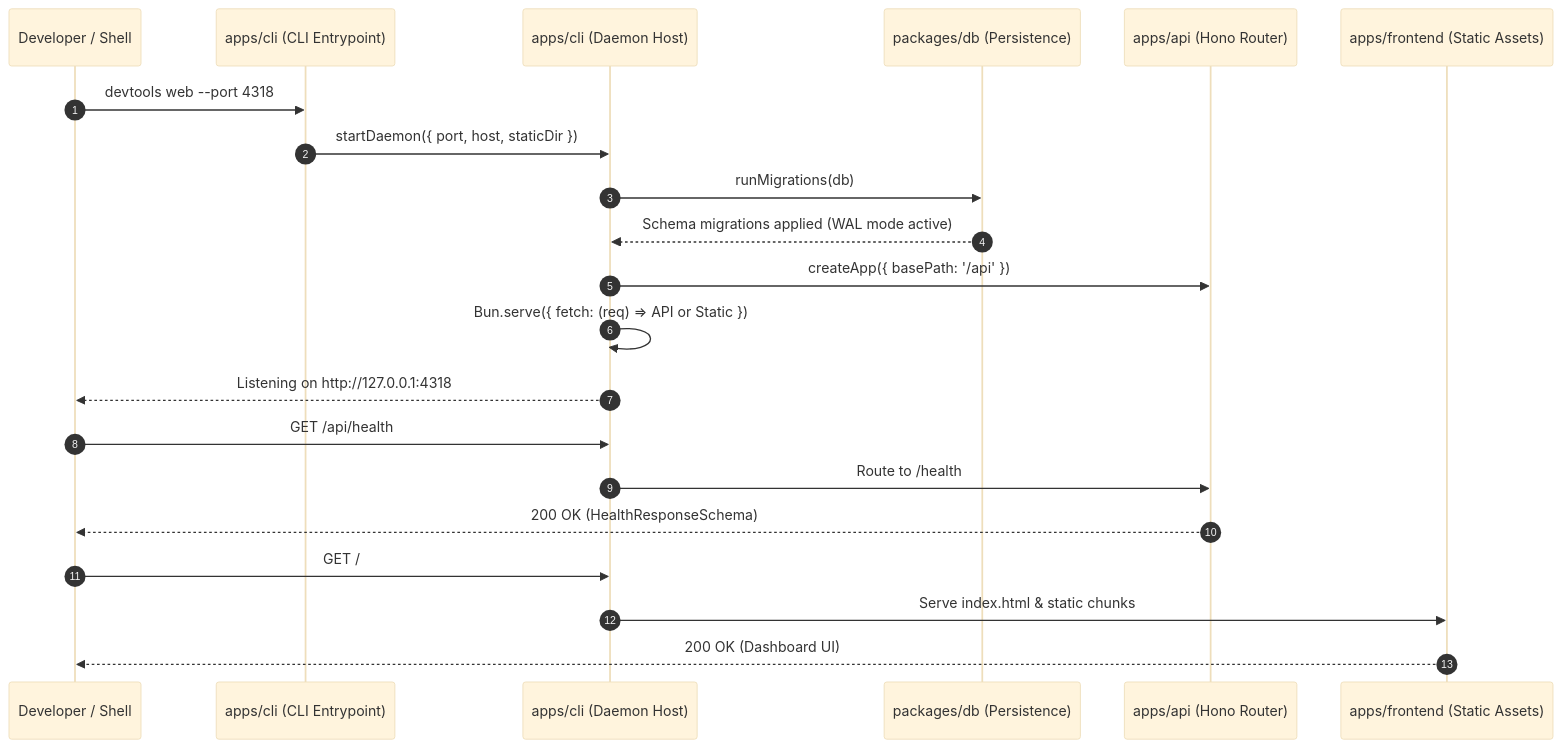
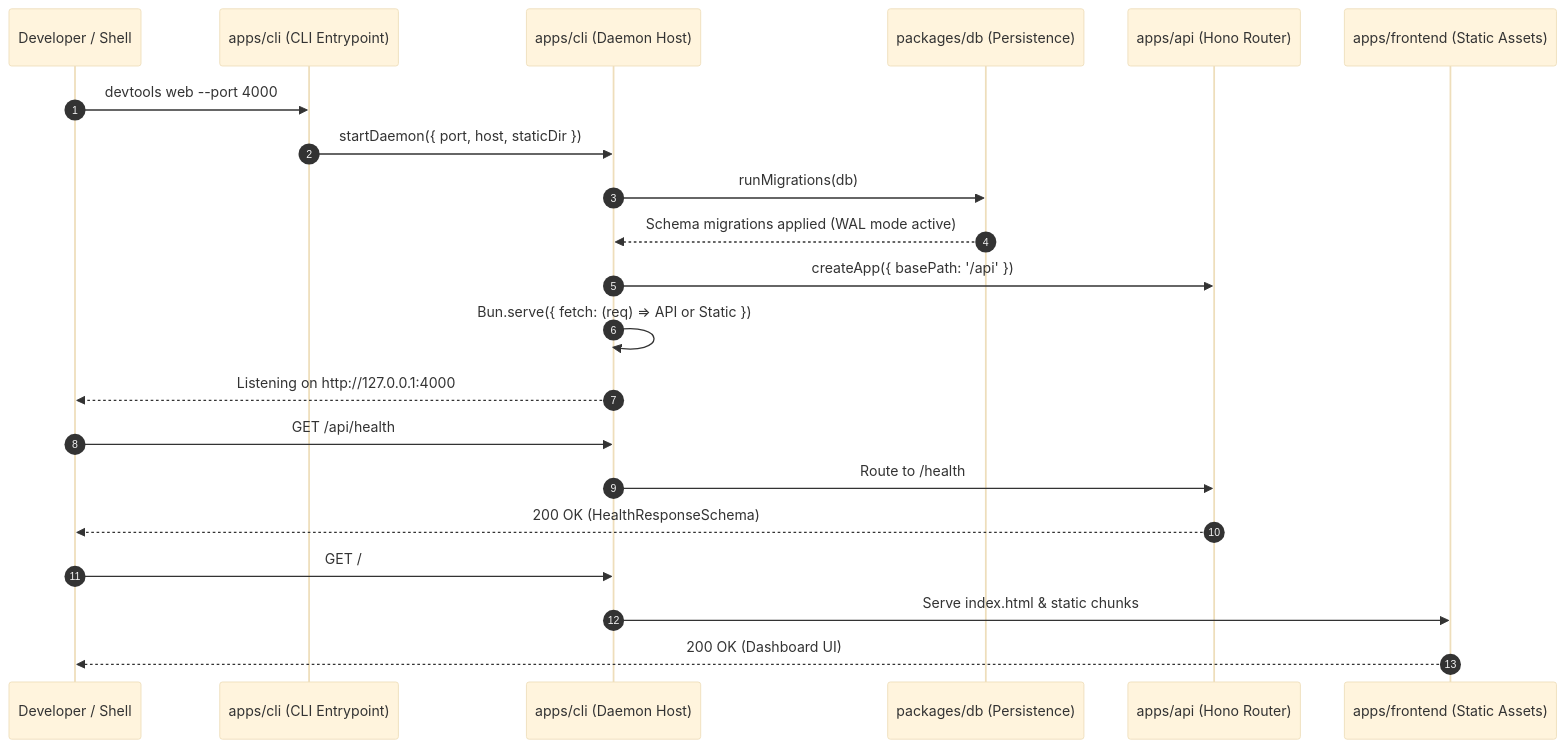
One commit to ahmedhanye/devtools changed the second of 3 diagrams in ARCHITECTURE.md. Above: the diagram before and after it, drawn with Mermaid (base theme). The commit also changed other lines of this file and 29 other files, not shown here.

Commit message:
docs: align architecture, coding standards, and glossaries

````diff
--- a/ARCHITECTURE.md
+++ b/ARCHITECTURE.md
@@ -78,24 +78,24 @@
 ```mermaid
 sequenceDiagram
   autonumber
   participant User as Developer / Shell
   participant CLI as apps/cli (CLI Entrypoint)
   participant Daemon as apps/cli (Daemon Host)
   participant DB as packages/db (Persistence)
   participant API as apps/api (Hono Router)
   participant UI as apps/frontend (Static Assets)
 
-  User->>CLI: devtools web --port 4318
+  User->>CLI: devtools web --port 4000
   CLI->>Daemon: startDaemon({ port, host, staticDir })
   Daemon->>DB: runMigrations(db)
   DB-->>Daemon: Schema migrations applied (WAL mode active)
   Daemon->>API: createApp({ basePath: '/api' })
   Daemon->>Daemon: Bun.serve({ fetch: (req) => API or Static })
-  Daemon-->>User: Listening on http://127.0.0.1:4318
+  Daemon-->>User: Listening on http://127.0.0.1:4000
   User->>Daemon: GET /api/health
   Daemon->>API: Route to /health
   API-->>User: 200 OK (HealthResponseSchema)
   User->>Daemon: GET /
   Daemon->>UI: Serve index.html & static chunks
   UI-->>User: 200 OK (Dashboard UI)
 ```
````
